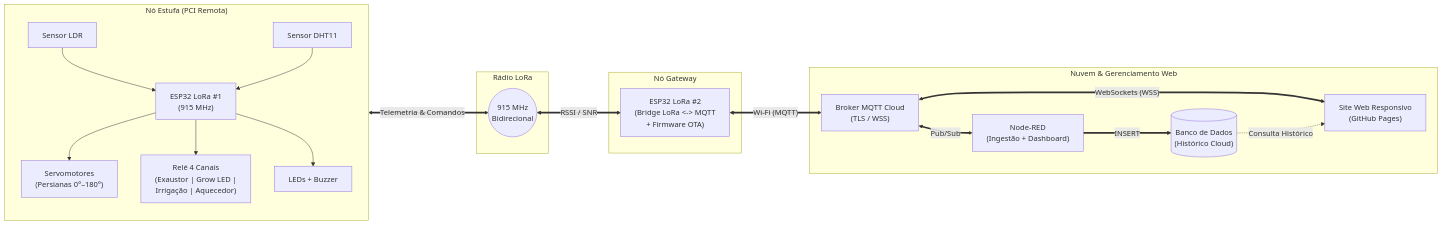
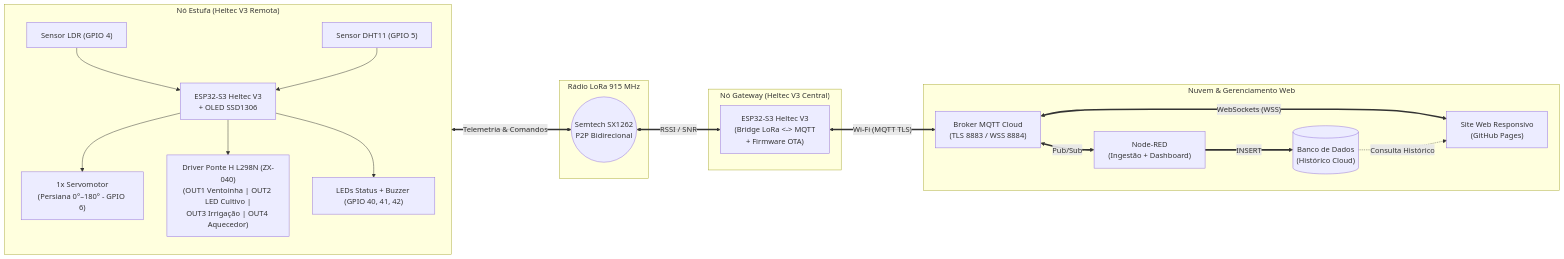
Before and after one commit to biancakimi/projeto-IOT: the diagram in README.md, drawn with Mermaid. The commit also changed other lines of this file and 3 other files, not shown here.

Commit message:
feat(hardware): atualiza para Heltec V3 SX1262, L298N ZX-040, 1 servo e documentacao

````diff
--- a/README.md
+++ b/README.md
@@ -48,34 +48,34 @@
 ```mermaid
 flowchart LR
-    subgraph Estufa["Nó Estufa (PCI Remota)"]
+    subgraph Estufa["Nó Estufa (Heltec V3 Remota)"]
         direction TB
-        LDR["Sensor LDR"] --> ESP_EST["ESP32 LoRa #1\n(915 MHz)"]
-        DHT["Sensor DHT11"] --> ESP_EST
-        ESP_EST --> SERVO["Servomotores\n(Persianas 0°–180°)"]
-        ESP_EST --> RELE["Relé 4 Canais\n(Exaustor | Grow LED |\nIrrigação | Aquecedor)"]
-        ESP_EST --> ALARME["LEDs + Buzzer"]
+        LDR["Sensor LDR (GPIO 4)"] --> ESP_EST["ESP32-S3 Heltec V3\n+ OLED SSD1306"]
+        DHT["Sensor DHT11 (GPIO 5)"] --> ESP_EST
+        ESP_EST --> SERVO["1x Servomotor\n(Persiana 0°–180° - GPIO 6)"]
+        ESP_EST --> L298N["Driver Ponte H L298N (ZX-040)\n(OUT1 Ventoinha | OUT2 LED Cultivo |\nOUT3 Irrigação | OUT4 Aquecedor)"]
+        ESP_EST --> ALARME["LEDs Status + Buzzer (GPIO 40, 41, 42)"]
     end
 
-    subgraph Enlace["Rádio LoRa"]
-        RF(("915 MHz\nBidirecional"))
+    subgraph Enlace["Rádio LoRa 915 MHz"]
+        RF(("Semtech SX1262\nP2P Bidirecional"))
     end
 
-    subgraph Gateway["Nó Gateway"]
-        ESP_GW["ESP32 LoRa #2\n(Bridge LoRa <-> MQTT\n+ Firmware OTA)"]
+    subgraph Gateway["Nó Gateway (Heltec V3 Central)"]
+        ESP_GW["ESP32-S3 Heltec V3\n(Bridge LoRa <-> MQTT\n+ Firmware OTA)"]
     end
 
     subgraph Cloud["Nuvem & Gerenciamento Web"]
-        BROKER["Broker MQTT Cloud\n(TLS / WSS)"]
+        BROKER["Broker MQTT Cloud\n(TLS 8883 / WSS 8884)"]
         NODERED["Node-RED\n(Ingestão + Dashboard)"]
         DB[("Banco de Dados\n(Histórico Cloud)")]
         SITE["Site Web Responsivo\n(GitHub Pages)"]
     end
 
     ESP_EST <==>|"Telemetria & Comandos"| RF
     RF <==>|"RSSI / SNR"| ESP_GW
-    ESP_GW <==>|"Wi-Fi (MQTT)"| BROKER
+    ESP_GW <==>|"Wi-Fi (MQTT TLS)"| BROKER
     BROKER <==>|"Pub/Sub"| NODERED
     NODERED ==>|"INSERT"| DB
     BROKER <==>|"WebSockets (WSS)"| SITE
     DB -.->|"Consulta Histórico"| SITE
 ```
````
